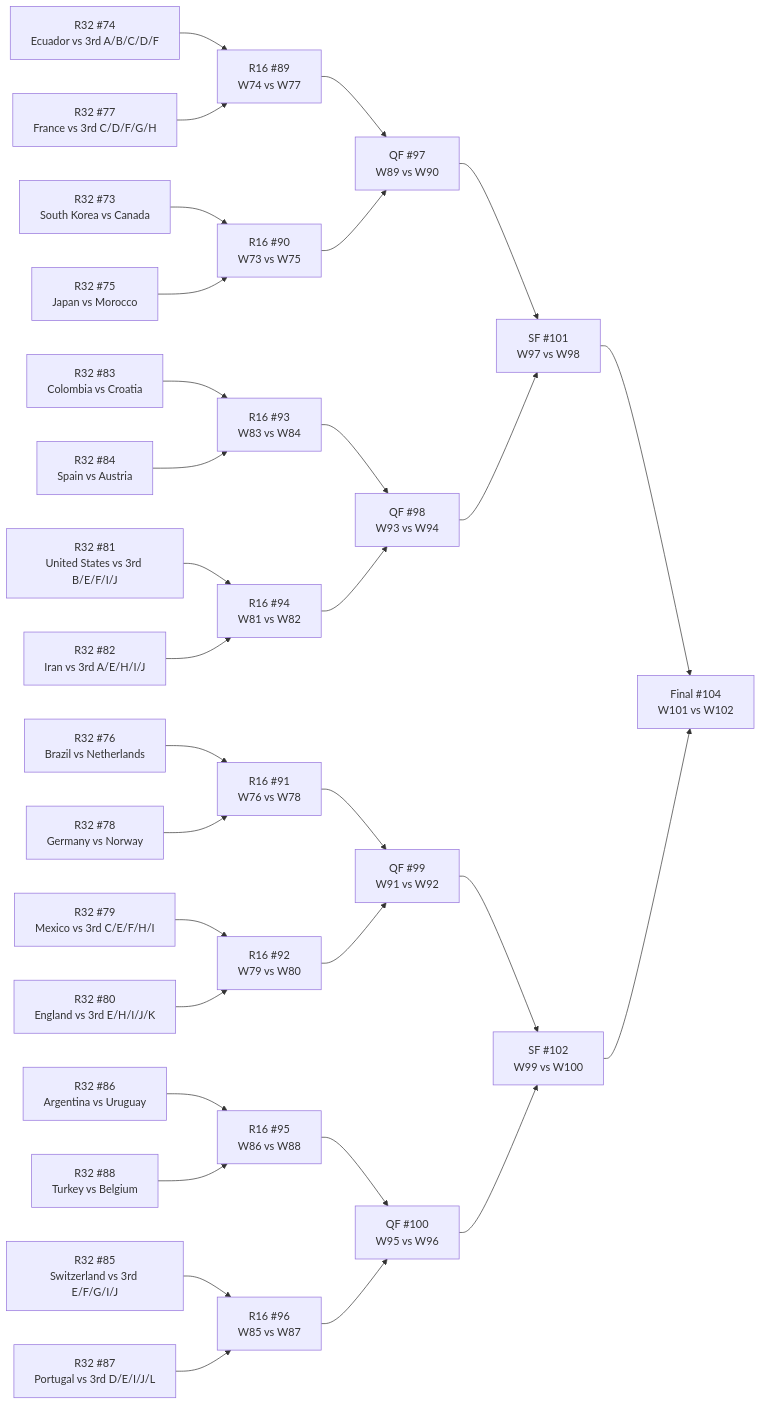
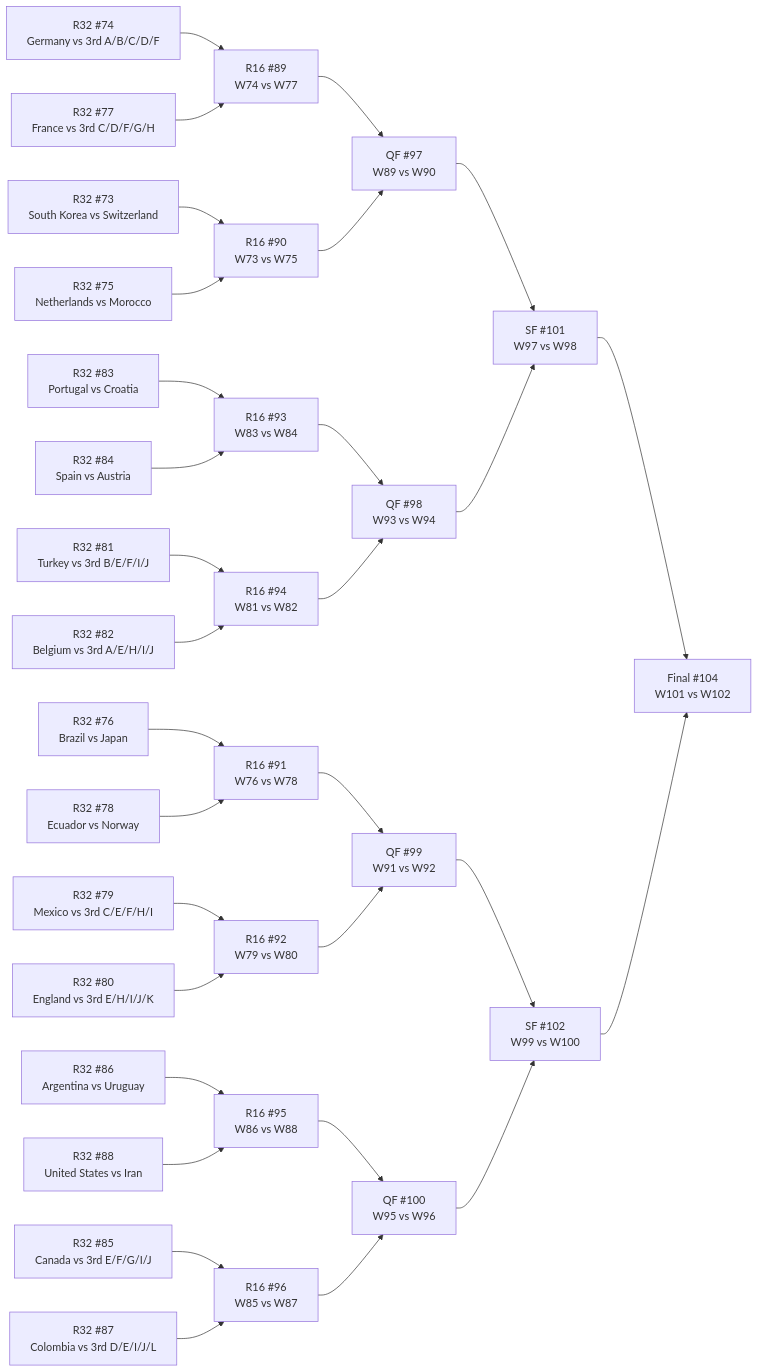
The diagram in WC vault/_bracket.md (Tutai-Tran/WC-2026-predictor), drawn with Mermaid before and after one commit. The commit also changed 227 other files, not shown here.

````diff
--- a/WC vault/_bracket.md
+++ b/WC vault/_bracket.md
@@ -11,64 +11,64 @@
 ```mermaid
 flowchart LR
-  M73["R32 #73<br>South Korea vs Canada"]
-  M74["R32 #74<br>Ecuador vs 3rd A/B/C/D/F"]
-  M75["R32 #75<br>Japan vs Morocco"]
-  M76["R32 #76<br>Brazil vs Netherlands"]
+  M73["R32 #73<br>South Korea vs Switzerland"]
+  M74["R32 #74<br>Germany vs 3rd A/B/C/D/F"]
+  M75["R32 #75<br>Netherlands vs Morocco"]
+  M76["R32 #76<br>Brazil vs Japan"]
   M77["R32 #77<br>France vs 3rd C/D/F/G/H"]
-  M78["R32 #78<br>Germany vs Norway"]
+  M78["R32 #78<br>Ecuador vs Norway"]
   M79["R32 #79<br>Mexico vs 3rd C/E/F/H/I"]
   M80["R32 #80<br>England vs 3rd E/H/I/J/K"]
-  M81["R32 #81<br>United States vs 3rd B/E/F/I/J"]
-  M82["R32 #82<br>Iran vs 3rd A/E/H/I/J"]
-  M83["R32 #83<br>Colombia vs Croatia"]
+  M81["R32 #81<br>Turkey vs 3rd B/E/F/I/J"]
+  M82["R32 #82<br>Belgium vs 3rd A/E/H/I/J"]
+  M83["R32 #83<br>Portugal vs Croatia"]
   M84["R32 #84<br>Spain vs Austria"]
-  M85["R32 #85<br>Switzerland vs 3rd E/F/G/I/J"]
+  M85["R32 #85<br>Canada vs 3rd E/F/G/I/J"]
   M86["R32 #86<br>Argentina vs Uruguay"]
-  M87["R32 #87<br>Portugal vs 3rd D/E/I/J/L"]
-  M88["R32 #88<br>Turkey vs Belgium"]
+  M87["R32 #87<br>Colombia vs 3rd D/E/I/J/L"]
+  M88["R32 #88<br>United States vs Iran"]
   M89["R16 #89<br>W74 vs W77"]
   M90["R16 #90<br>W73 vs W75"]
   M91["R16 #91<br>W76 vs W78"]
   M92["R16 #92<br>W79 vs W80"]
   M93["R16 #93<br>W83 vs W84"]
   M94["R16 #94<br>W81 vs W82"]
   M95["R16 #95<br>W86 vs W88"]
   M96["R16 #96<br>W85 vs W87"]
   M97["QF #97<br>W89 vs W90"]
   M98["QF #98<br>W93 vs W94"]
   M99["QF #99<br>W91 vs W92"]
   M100["QF #100<br>W95 vs W96"]
   M101["SF #101<br>W97 vs W98"]
   M102["SF #102<br>W99 vs W100"]
   M104["Final #104<br>W101 vs W102"]
   M74 --> M89
   M77 --> M89
   M73 --> M90
   M75 --> M90
   M76 --> M91
   M78 --> M91
   M79 --> M92
   M80 --> M92
   M83 --> M93
   M84 --> M93
   M81 --> M94
   M82 --> M94
   M86 --> M95
   M88 --> M95
   M85 --> M96
   M87 --> M96
   M89 --> M97
   M90 --> M97
   M93 --> M98
   M94 --> M98
   M91 --> M99
   M92 --> M99
   M95 --> M100
   M96 --> M100
   M97 --> M101
   M98 --> M101
   M99 --> M102
   M100 --> M102
   M101 --> M104
   M102 --> M104
 ```
````
